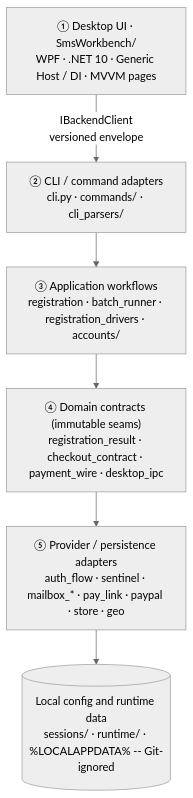
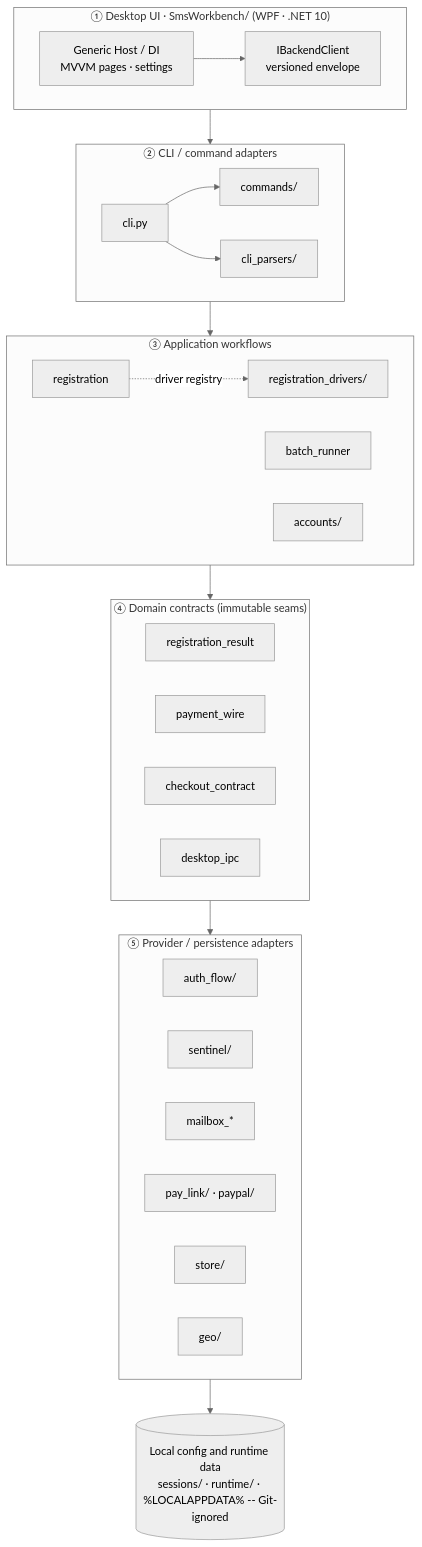
Before and after one commit to 2951461586/GPT-Register-Tool: the diagram in README_EN.md, drawn with Mermaid (neutral theme). The commit also changed other lines of this file and 1 other file, not shown here.

Commit message:
docs(readme): give every module its own box in the architecture diagram and widen the layer column
- Replace the one-line-per-layer diagram with layer subgraphs, so each module is
  its own node instead of a name buried in a single label. Layer order stays
  (1)-(5), and subgraph-to-subgraph arrows keep the inward-only dependency
  direction visible.
- Note that `services/` is a subprocess boundary outside the five layers.
- Widen the layer column. A markdown table derives column width from cell
  content, so the widest cells are padded with `&nbsp;` to a 40-column target;
  padding only the widest cells is enough, since a column is as wide as its
  widest cell.

The diagram measures 98 columns in grok-mermaid against 178 for the previous
five-column layout, so GitHub no longer scales it down to unreadable text.

````diff
--- a/README_EN.md
+++ b/README_EN.md
@@ -55,14 +55,51 @@
 ```mermaid
 flowchart TB
-    L1["① Desktop UI · SmsWorkbench/<br/>WPF · .NET 10 · Generic Host / DI · MVVM pages"]
-    L2["② CLI / command adapters<br/>cli.py · commands/ · cli_parsers/"]
-    L3["③ Application workflows<br/>registration · batch_runner · registration_drivers · accounts/"]
-    L4["④ Domain contracts (immutable seams)<br/>registration_result · checkout_contract · payment_wire · desktop_ipc"]
-    L5["⑤ Provider / persistence adapters<br/>auth_flow · sentinel · mailbox_* · pay_link · paypal · store · geo"]
+    subgraph L1["① Desktop UI · SmsWorkbench/ (WPF · .NET 10)"]
+        direction LR
+        PANEL["Generic Host / DI<br/>MVVM pages · settings"]
+        IPC["IBackendClient<br/>versioned envelope"]
+    end
 
-    L1 -->|"IBackendClient<br/>versioned envelope"| L2
+    subgraph L2["② CLI / command adapters"]
+        direction LR
+        CLI["cli.py"]
+        CMDS["commands/"]
+        PARSERS["cli_parsers/"]
+    end
+
+    subgraph L3["③ Application workflows"]
+        direction LR
+        REG["registration"]
+        BATCH["batch_runner"]
+        DRV["registration_drivers/"]
+        REC["accounts/"]
+    end
+
+    subgraph L4["④ Domain contracts (immutable seams)"]
+        direction LR
+        RESULT["registration_result"]
+        WIRE["payment_wire"]
+        CHECKOUT["checkout_contract"]
+        DIPC["desktop_ipc"]
+    end
+
+    subgraph L5["⑤ Provider / persistence adapters"]
+        direction LR
+        AF["auth_flow/"]
+        SEN["sentinel/"]
+        MB["mailbox_*"]
+        PAY["pay_link/ · paypal/"]
+        STO["store/"]
+        GEO["geo/"]
+    end
+
+    PANEL --> IPC
+    CLI --> CMDS
+    CLI --> PARSERS
+    REG -. driver registry .-> DRV
+    L1 --> L2
     L2 --> L3
     L3 --> L4
     L4 --> L5
     L5 --> DATA[("Local config and runtime data<br/>sessions/ · runtime/ · %LOCALAPPDATA% -- Git-ignored")]
 ```
````
